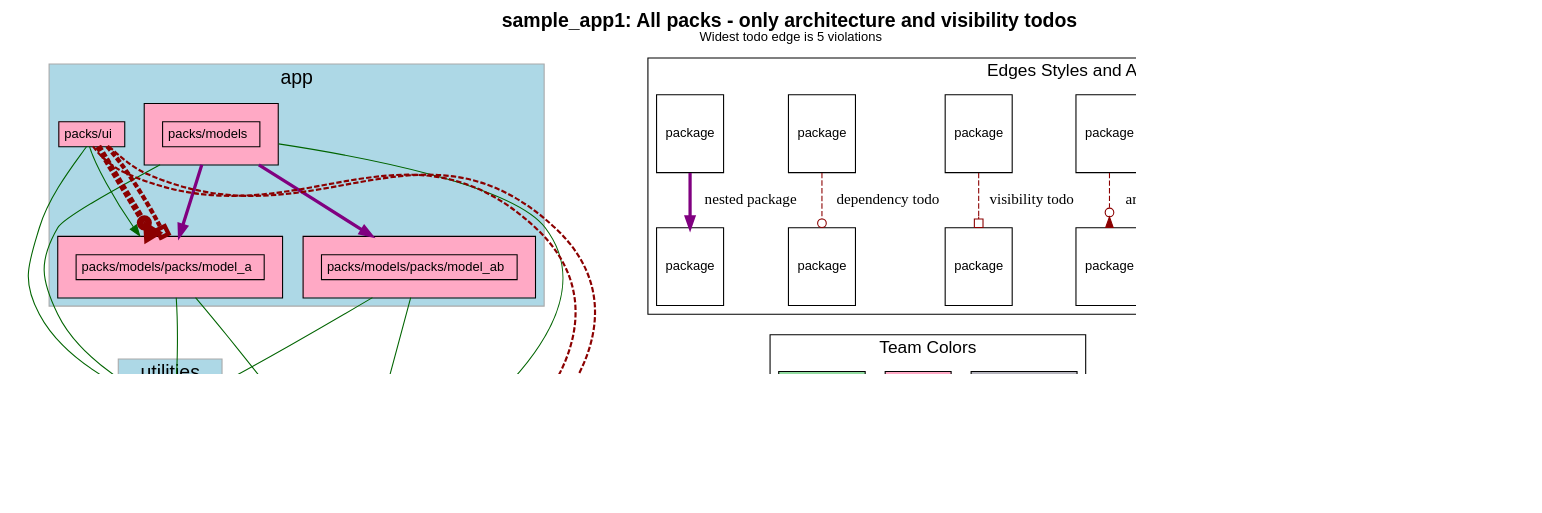
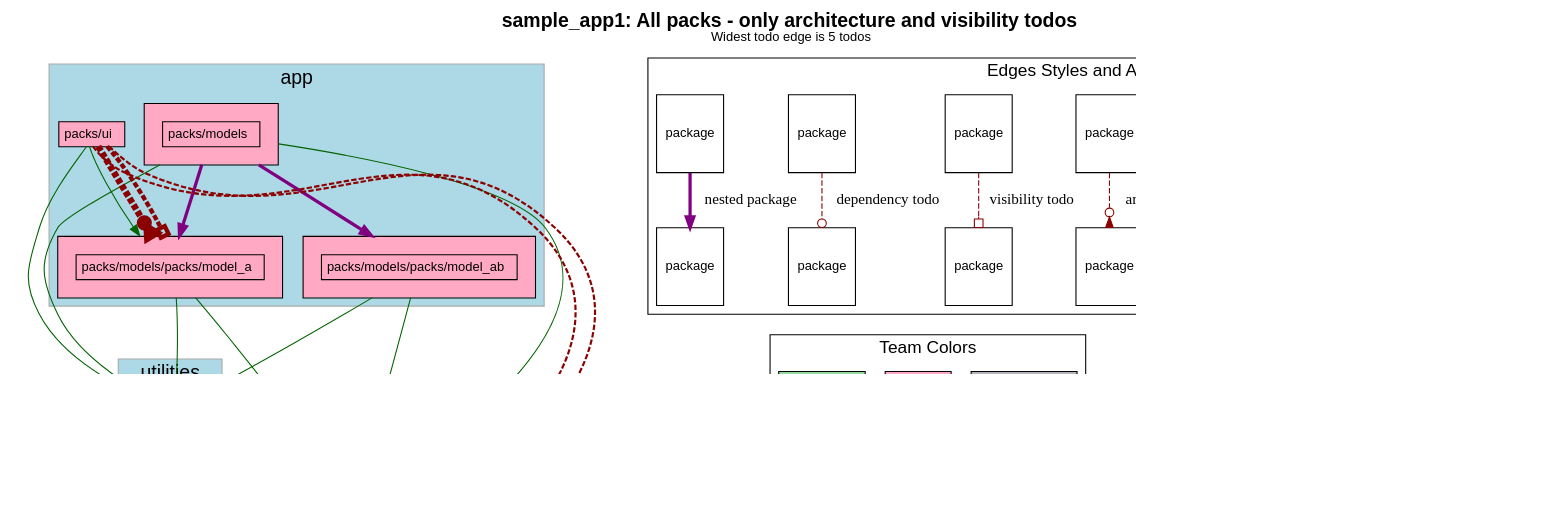
Before and after one commit to rubyatscale/visualize_packs: the diagram in spec/sample_app1/test_output/only_todo_types.dot, drawn with Graphviz. The commit also changed 16 other files, not shown here.

First line of the commit message:
Cleanup usage of todos vs violations (#34)

```diff
--- a/spec/sample_app1/test_output/only_todo_types.dot
+++ b/spec/sample_app1/test_output/only_todo_types.dot
@@ -5,7 +5,7 @@
     fontname="Helvetica,Arial,sans-serif"
     dpi=100
     layout=dot
-    label=<<b>sample_app1: All packs - only architecture and visibility todos</b><br/><font point-size='12'>Widest todo edge is 5 violations</font>>
+    label=<<b>sample_app1: All packs - only architecture and visibility todos</b><br/><font point-size='12'>Widest todo edge is 5 todos</font>>
     fontsize=18
   ]
   node [
```
